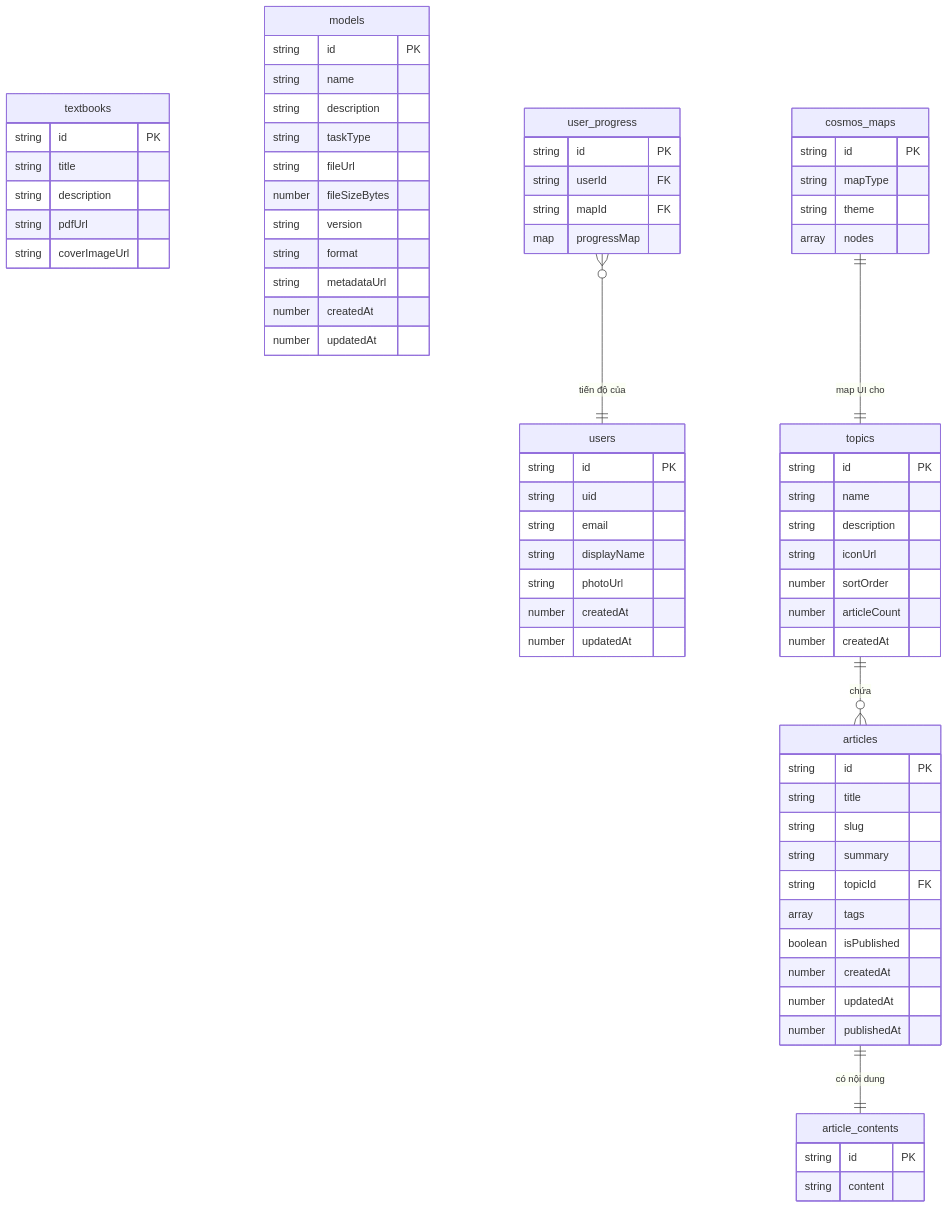
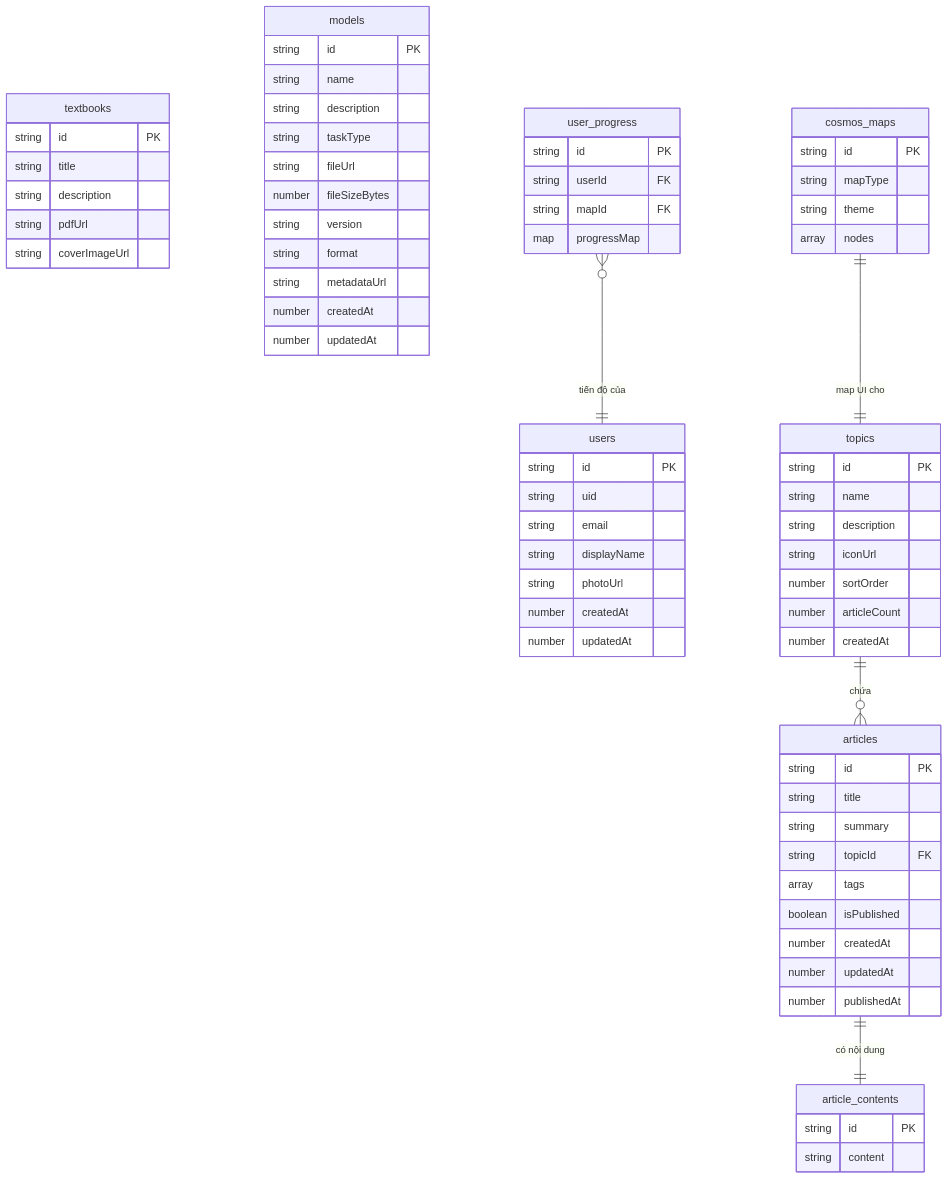
The diagram in docs/design/data-model.md (iAmHieu2012/Sequoia), drawn with Mermaid before and after one commit. The commit also changed other lines of this file and 28 other files, not shown here.

````diff
--- a/docs/design/data-model.md
+++ b/docs/design/data-model.md
@@ -16,81 +16,80 @@
 ```mermaid
 erDiagram
     users {
         string id PK
         string uid
         string email
         string displayName
         string photoUrl
         number createdAt
         number updatedAt
     }
 
     textbooks {
         string id PK
         string title
         string description
         string pdfUrl
         string coverImageUrl
     }
 
     topics {
         string id PK
         string name
         string description
         string iconUrl
         number sortOrder
         number articleCount
         number createdAt
     }
 
     articles {
         string id PK
         string title
-        string slug
         string summary
         string topicId FK
         array tags
         boolean isPublished
         number createdAt
         number updatedAt
         number publishedAt
     }
 
     article_contents {
         string id PK
         string content
     }
 
     models {
         string id PK
         string name
         string description
         string taskType
         string fileUrl
         number fileSizeBytes
         string version
         string format
         string metadataUrl
         number createdAt
         number updatedAt
     }
 
     cosmos_maps {
         string id PK
         string mapType
         string theme
         array nodes
     }
 
     user_progress {
         string id PK
         string userId FK
         string mapId FK
         map progressMap
     }
 
     topics ||--o{ articles : "chứa"
     articles ||--|| article_contents : "có nội dung"
     cosmos_maps ||--|| topics : "map UI cho"
     user_progress }o--|| users : "tiến độ của"
 ```
````
